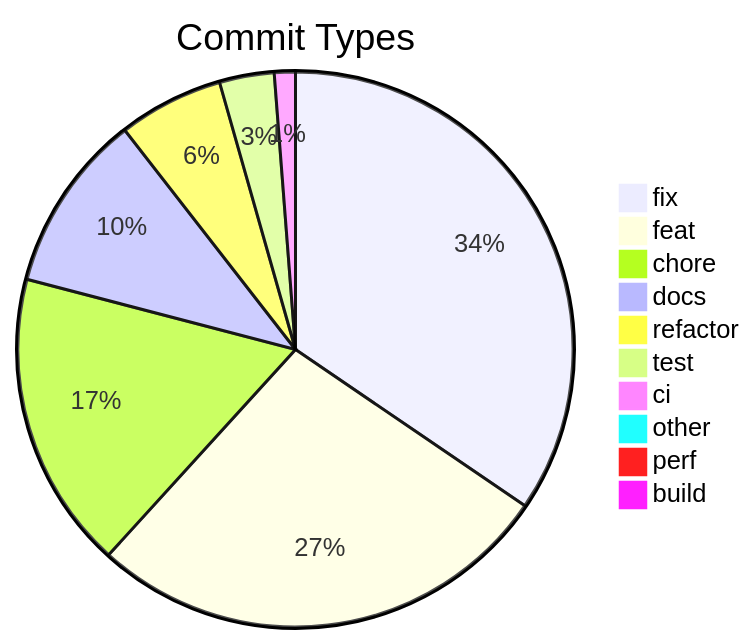
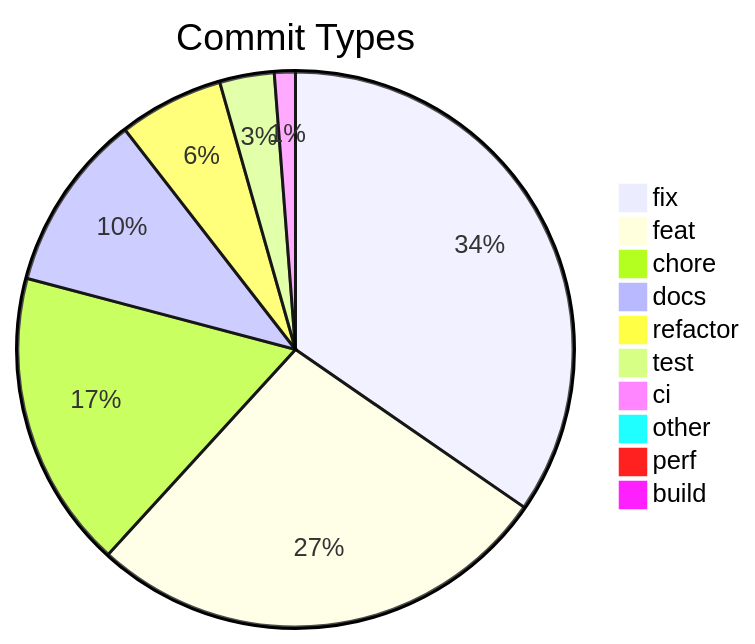
Before and after one commit to svenroth-ai/shipwright: the diagram in .shipwright/compliance/change-history.md, drawn with Mermaid. The commit also changed other lines of this file and 6 other files, not shown here.

````diff
--- a/.shipwright/compliance/change-history.md
+++ b/.shipwright/compliance/change-history.md
@@ -10,13 +10,13 @@
 ```mermaid
 pie title Commit Types
-    "fix" : 564
+    "fix" : 567
     "feat" : 445
-    "chore" : 283
+    "chore" : 284
     "docs" : 170
     "refactor" : 100
     "test" : 52
     "ci" : 20
     "other" : 11
     "perf" : 1
     "build" : 1
 ```
````
